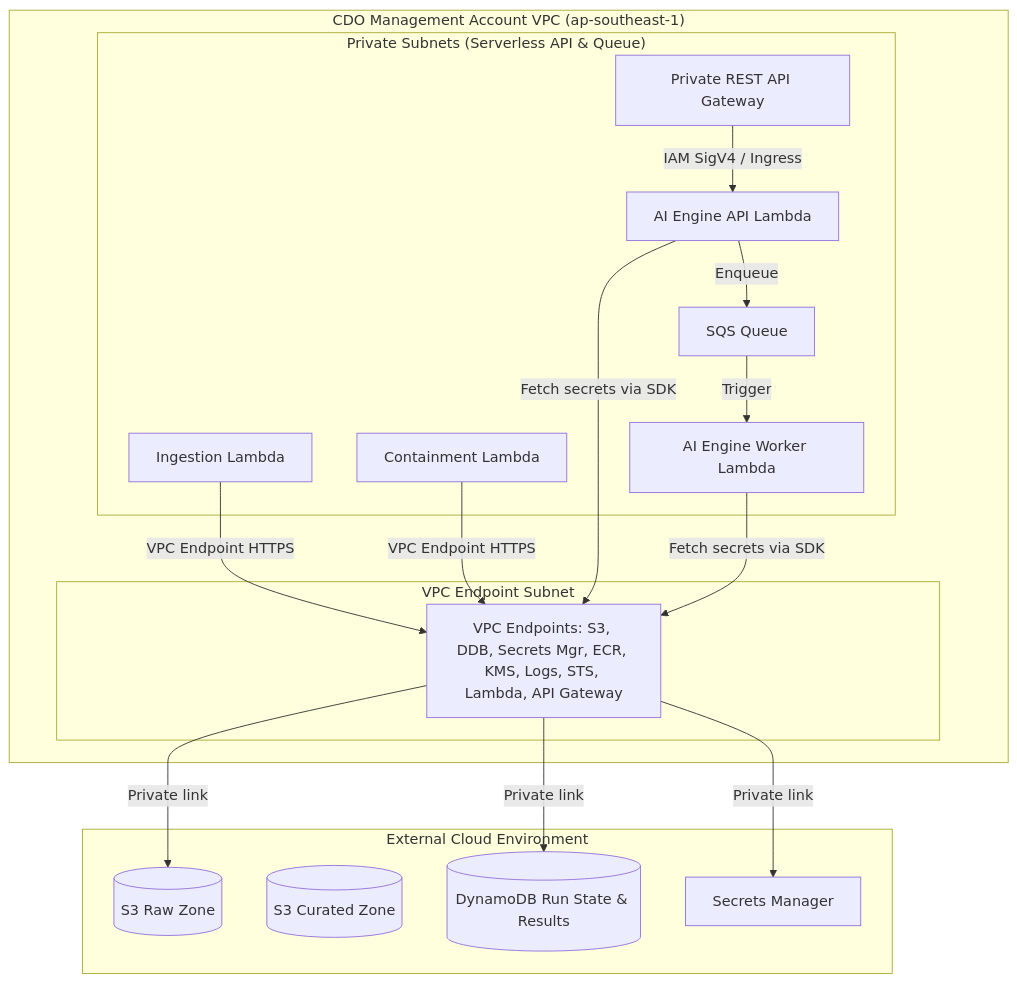
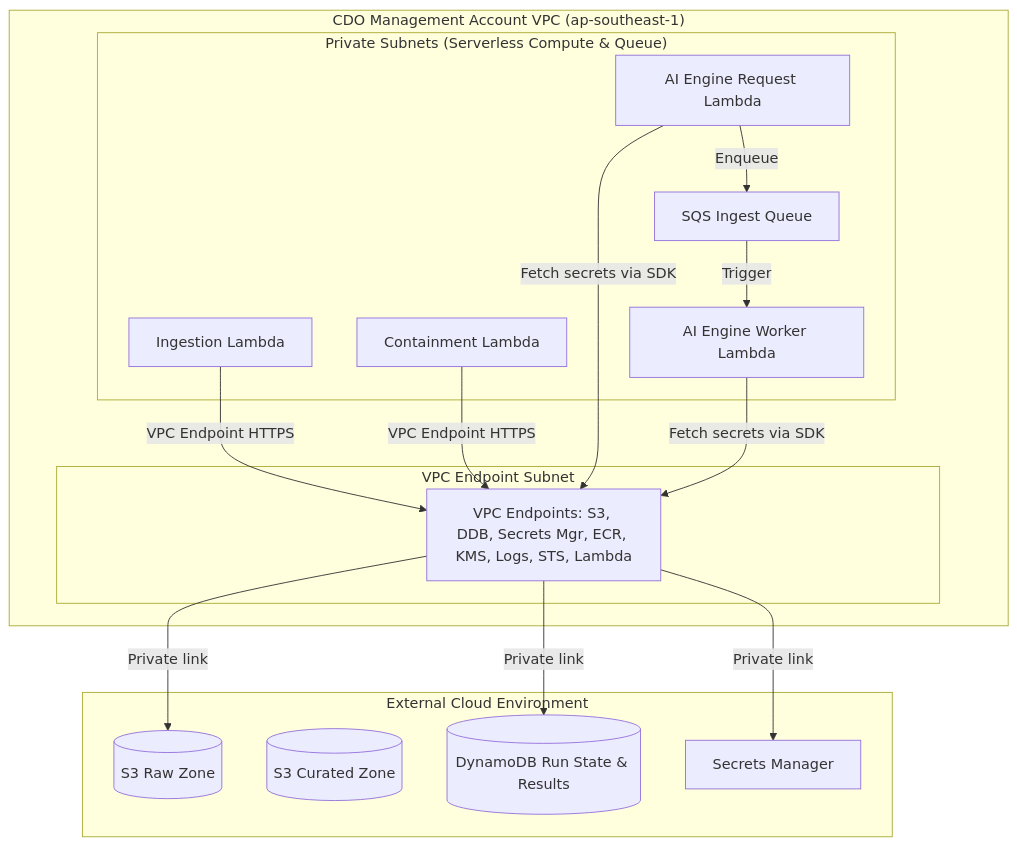
One commit to hungxqt/tf2-finops-docs changed the diagram in docs/tf2-finops/03_security_design_vi.md. Above: the diagram before and after it, drawn with Mermaid. The commit also changed other lines of this file and 20 other files, not shown here.

Commit message:
docs: remove API Gateway

````diff
--- a/docs/tf2-finops/03_security_design_vi.md
+++ b/docs/tf2-finops/03_security_design_vi.md
@@ -15,38 +15,36 @@
 ```mermaid
 graph TD
     subgraph "CDO Management Account VPC (ap-southeast-1)"
-        subgraph "Private Subnets (Serverless API & Queue)"
-            APIGW[Private REST API Gateway]
-            AILambdaAPI[AI Engine API Lambda]
+        subgraph "Private Subnets (Serverless Compute & Queue)"
+            AILambdaReq[AI Engine Request Lambda]
             AILambdaWorker[AI Engine Worker Lambda]
-            SQSQueue[SQS Queue]
+            SQSQueue[SQS Ingest Queue]
             L_Pull[Ingestion Lambda]
             L_Cont[Containment Lambda]
         end
 
         subgraph "VPC Endpoint Subnet"
-            VPCE[VPC Endpoints: S3, DDB, Secrets Mgr, ECR, KMS, Logs, STS, Lambda, API Gateway]
+            VPCE[VPC Endpoints: S3, DDB, Secrets Mgr, ECR, KMS, Logs, STS, Lambda]
         end
     end
 
     subgraph "External Cloud Environment"
         S3Raw[(S3 Raw Zone)]
         S3Cur[(S3 Curated Zone)]
         DDB[(DynamoDB Run State & Results)]
         SM[Secrets Manager]
     end
 
     %% Network flows
     L_Pull -->|VPC Endpoint HTTPS| VPCE
     VPCE -->|Private link| S3Raw
     L_Cont -->|VPC Endpoint HTTPS| VPCE
     VPCE -->|Private link| DDB
     
     %% Serverless traffic
-    APIGW -->|IAM SigV4 / Ingress| AILambdaAPI
-    AILambdaAPI -->|Enqueue| SQSQueue
+    AILambdaReq -->|Enqueue| SQSQueue
     SQSQueue -->|Trigger| AILambdaWorker
-    AILambdaAPI -->|Fetch secrets via SDK| VPCE
+    AILambdaReq -->|Fetch secrets via SDK| VPCE
     AILambdaWorker -->|Fetch secrets via SDK| VPCE
     VPCE -->|Private link| SM
 ```
````
